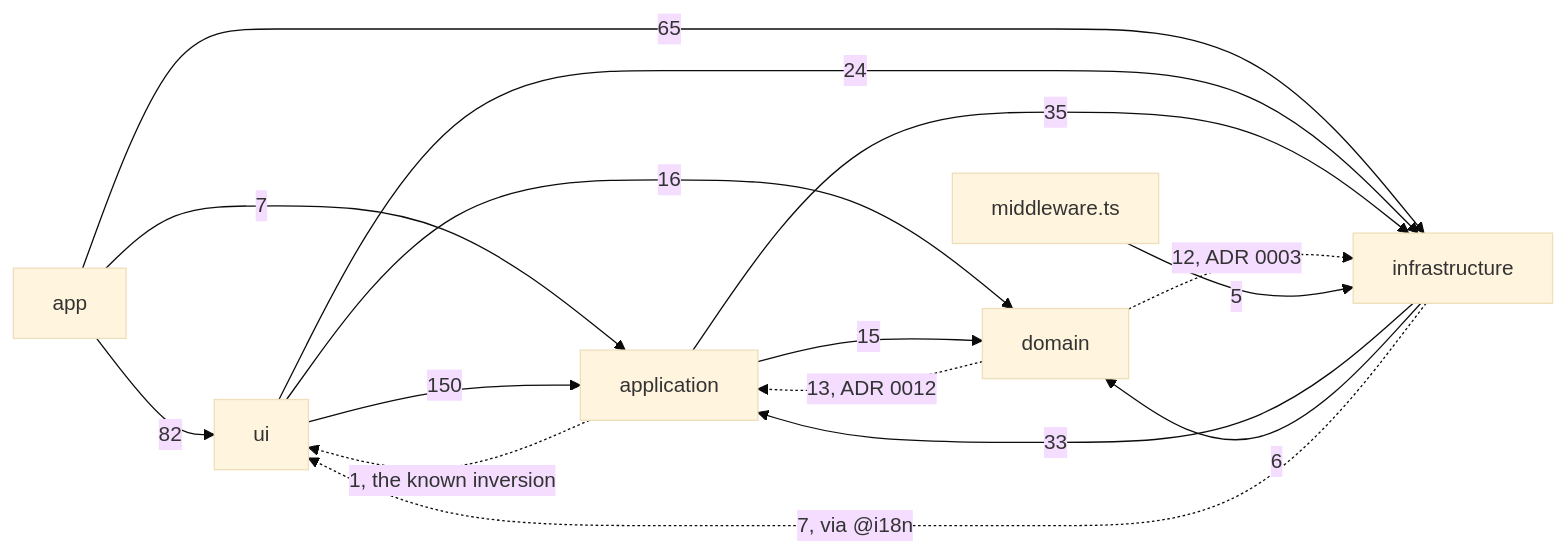
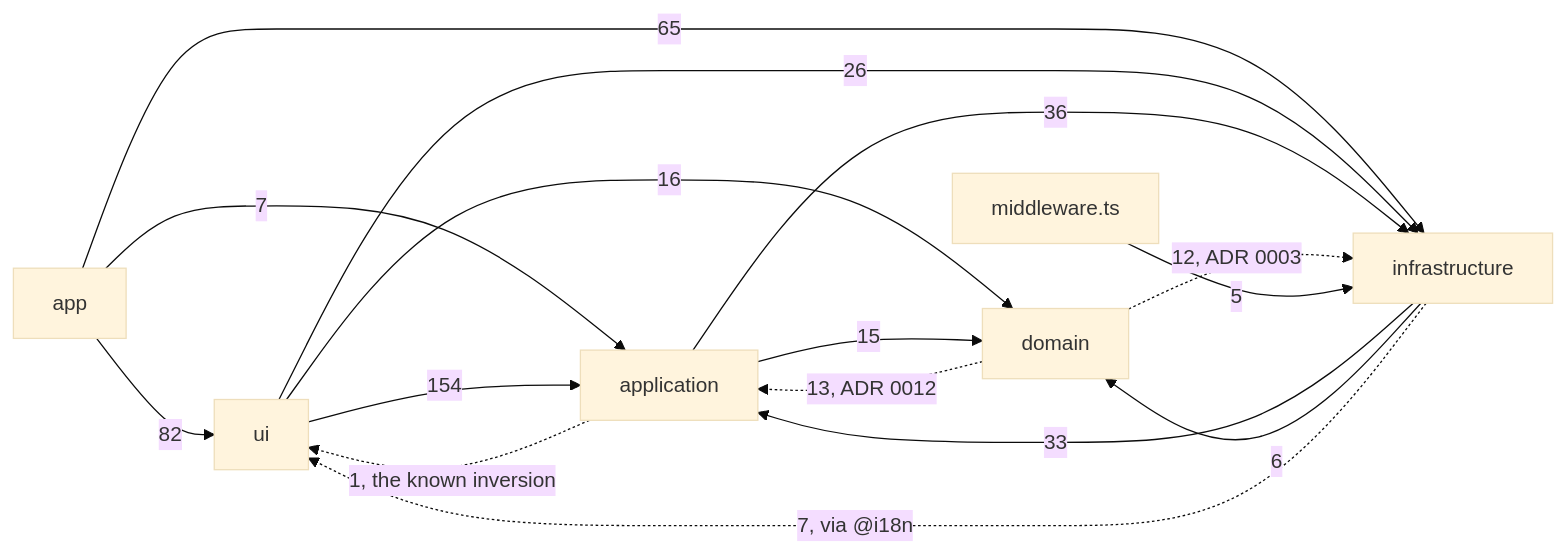
The diagram in apps/docs/src/content/docs/architecture/overview.mdx (fbuireu/forever-pto), drawn with Mermaid (base theme) before and after one commit. The commit also changed other lines of this file and 23 other files, not shown here.

````diff
--- a/apps/docs/src/content/docs/architecture/overview.mdx
+++ b/apps/docs/src/content/docs/architecture/overview.mdx
@@ -47,24 +47,24 @@
 ```mermaid
 flowchart LR
   APP[app]
   UI[ui]
   APPL[application]
   DOM[domain]
   INFRA[infrastructure]
   MW[middleware.ts]
   APP -->|82| UI
   APP -->|7| APPL
   APP -->|65| INFRA
-  UI -->|150| APPL
+  UI -->|154| APPL
   UI -->|16| DOM
-  UI -->|24| INFRA
+  UI -->|26| INFRA
   APPL -->|15| DOM
-  APPL -->|35| INFRA
+  APPL -->|36| INFRA
   APPL -.->|1, the known inversion| UI
   DOM -.->|13, ADR 0012| APPL
   DOM -.->|12, ADR 0003| INFRA
   INFRA -->|33| APPL
   INFRA -->|6| DOM
   INFRA -.->|7, via @i18n| UI
   MW -->|5| INFRA
 ```
````
